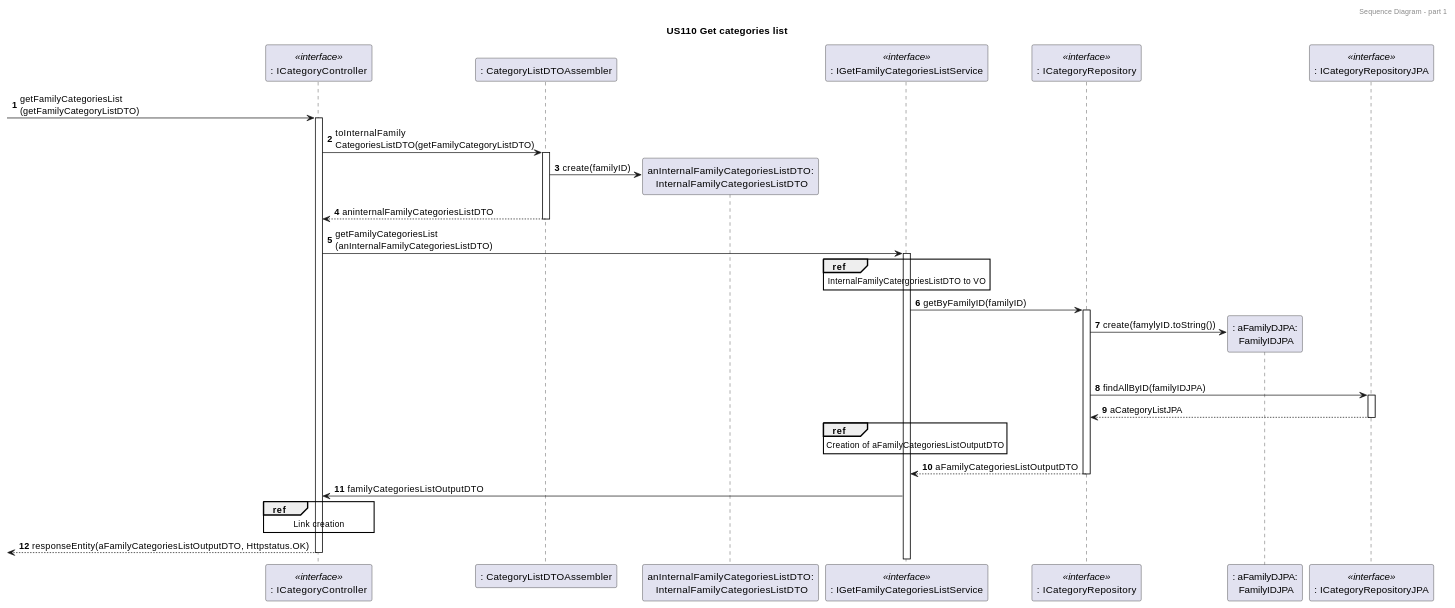
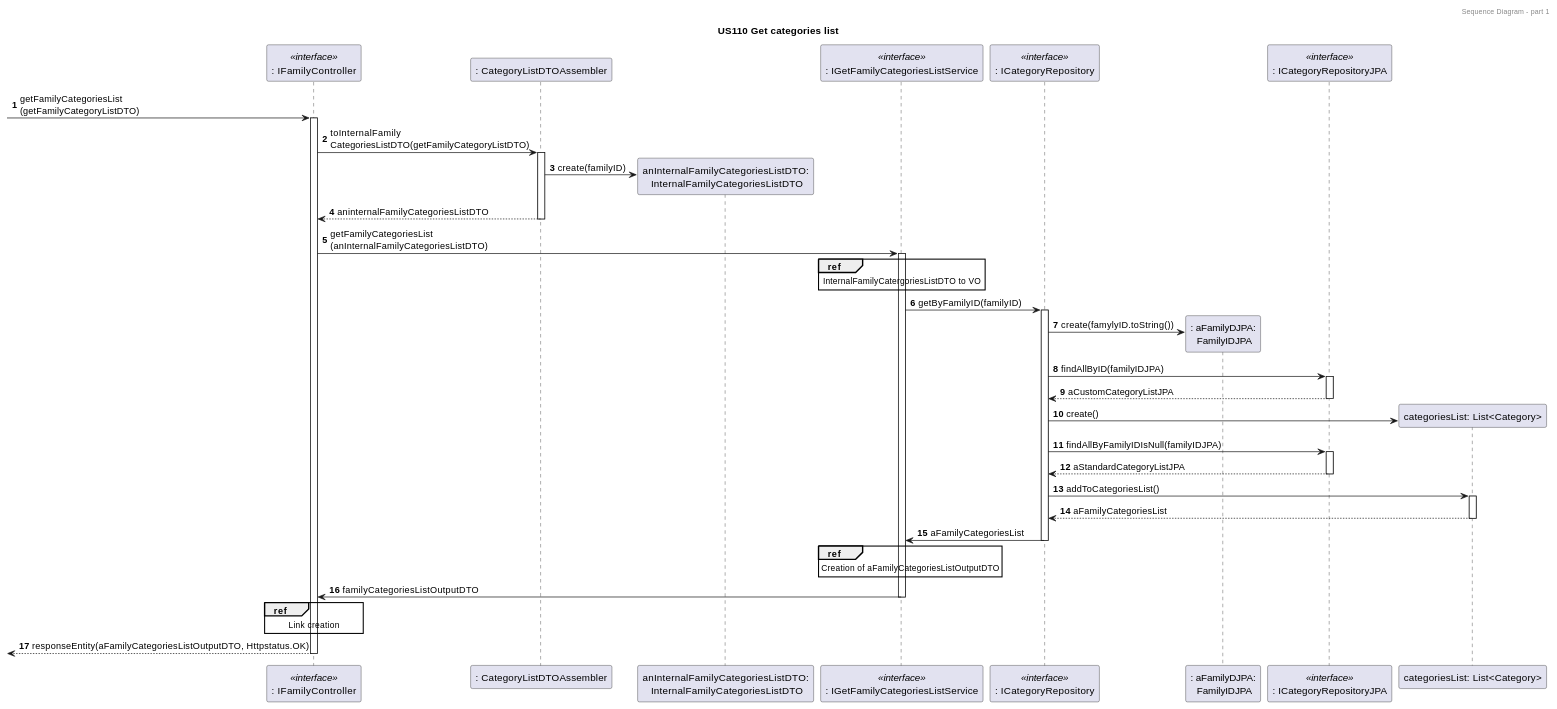
One commit to tomas-osswald/switch_2020_g3 changed the fourth of 6 diagrams in docs/sprint6/user_stories/US110_GetCategoriesList.md. Above: the diagram before and after it, drawn with PlantUML. The commit also changed 2 other files, not shown here.

Commit message:
changed listening port to 8081

`````diff
--- a/docs/sprint6/user_stories/US110_GetCategoriesList.md
+++ b/docs/sprint6/user_stories/US110_GetCategoriesList.md
@@ -245,59 +245,64 @@
 ````puml
 @startuml
 
 autonumber
 header Sequence Diagram - part 1
 title US110 Get categories list
 
 
-participant ": ICategoryController" as controller <<interface>>
+participant ": IFamilyController" as controller <<interface>>
 participant ": CategoryListDTOAssembler" as assembler
 participant "anInternalFamilyCategoriesListDTO:\n InternalFamilyCategoriesListDTO" as internalFamilyCategoriesListDTO
 participant ": IGetFamilyCategoriesListService" as service <<interface>>
 participant ": ICategoryRepository" as repository <<interface>>
 participant ": aFamilyDJPA:\n FamilyIDJPA" as familyIDJPA
 participant ": ICategoryRepositoryJPA" as repoJPA <<interface>>
+participant "categoriesList: List<Category>" as categoriesList
 
 -> controller : getFamilyCategoriesList\n(getFamilyCategoryListDTO)
 activate controller
 controller -> assembler : toInternalFamily\nCategoriesListDTO(getFamilyCategoryListDTO)
 activate assembler
 assembler -> internalFamilyCategoriesListDTO** : create(familyID)
 return aninternalFamilyCategoriesListDTO
 controller -> service : getFamilyCategoriesList\n(anInternalFamilyCategoriesListDTO)
 activate service
 
 ref over service
 InternalFamilyCatergoriesListDTO to VO
 end
 
 service -> repository : getByFamilyID(familyID)
 
 activate repository
 repository -> familyIDJPA** : create(famylyID.toString())
-loop while 
+
 repository -> repoJPA : findAllByID(familyIDJPA)
 
 activate repoJPA 
-return aCategoryListJPA
+return aCustomCategoryListJPA
 
-'ref over repository 
-'Creation of aCategoryList
-'end
-'end
-'return aCategoryList
-
+repository -> categoriesList** : create()
+ 
+repository -> repoJPA : findAllByFamilyIDIsNull(familyIDJPA)
+activate repoJPA
+return aStandardCategoryListJPA
+repository -> categoriesList : addToCategoriesList()
+activate categoriesList
+return aFamilyCategoriesList
+repository -> service : aFamilyCategoriesList
+deactivate repository 
 ref over service
 Creation of aFamilyCategoriesListOutputDTO
 end 
-return aFamilyCategoriesListOutputDTO
 service -> controller : familyCategoriesListOutputDTO
+deactivate service
 ref over controller
 Link creation
 end
 
 <-- controller : responseEntity(aFamilyCategoriesListOutputDTO, Httpstatus.OK)
 deactivate controller
 
 @enduml
 ````
`````
